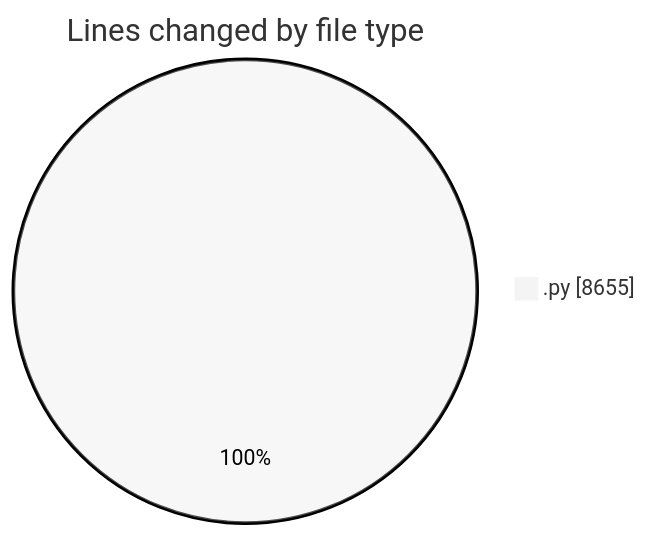
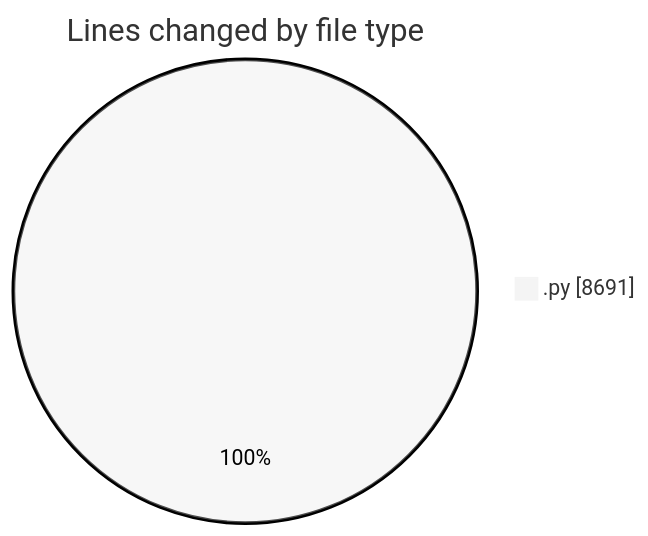
One commit to MatusMokan/code-tracking changed the first of 2 diagrams in 2025-04-12/myws__workspace_/README.md. Above: the diagram before and after it, drawn with Mermaid (neutral theme). The commit also changed other lines of this file and 1 other file, not shown here.

````diff
--- a/2025-04-12/myws__workspace_/README.md
+++ b/2025-04-12/myws__workspace_/README.md
@@ -28,5 +28,5 @@
 ```mermaid
 pie showData
 title Lines changed by file type
-".py" : 8655
+".py" : 8691
 ```
````
